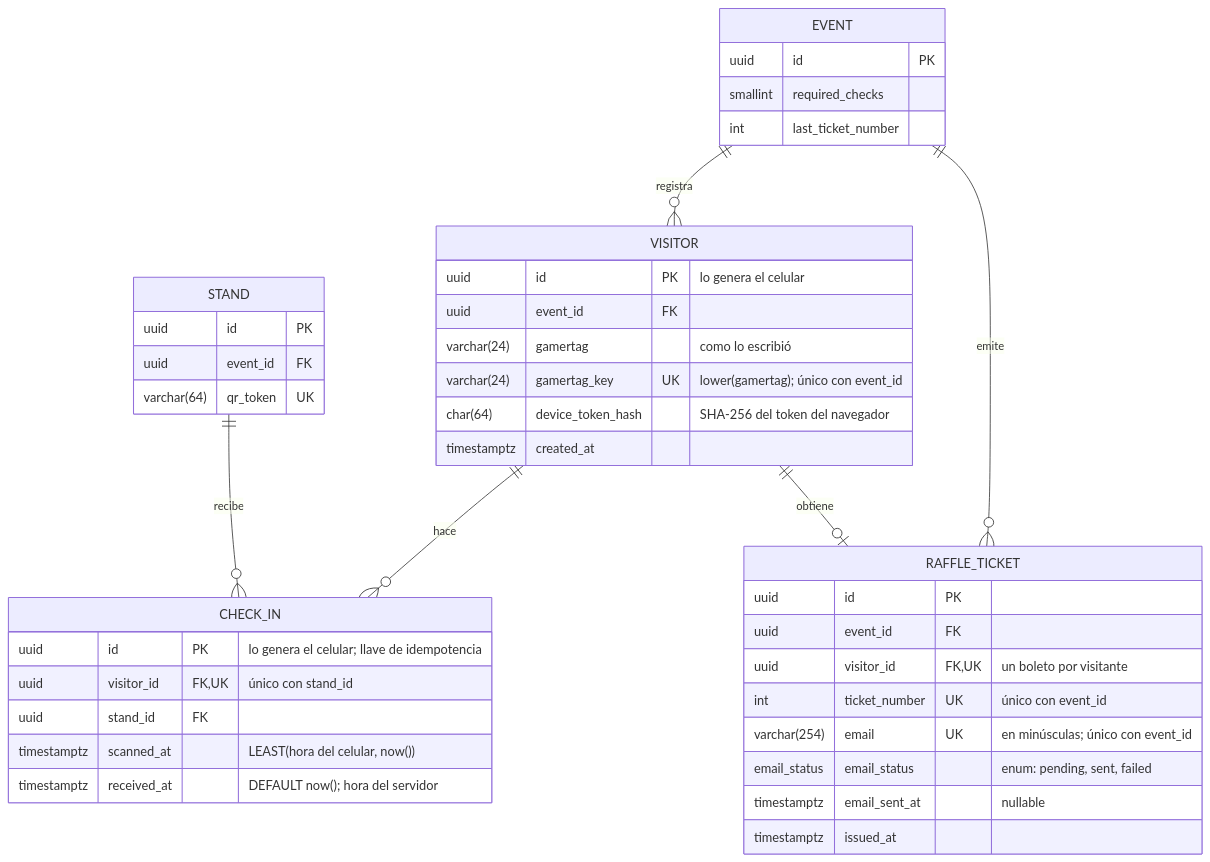
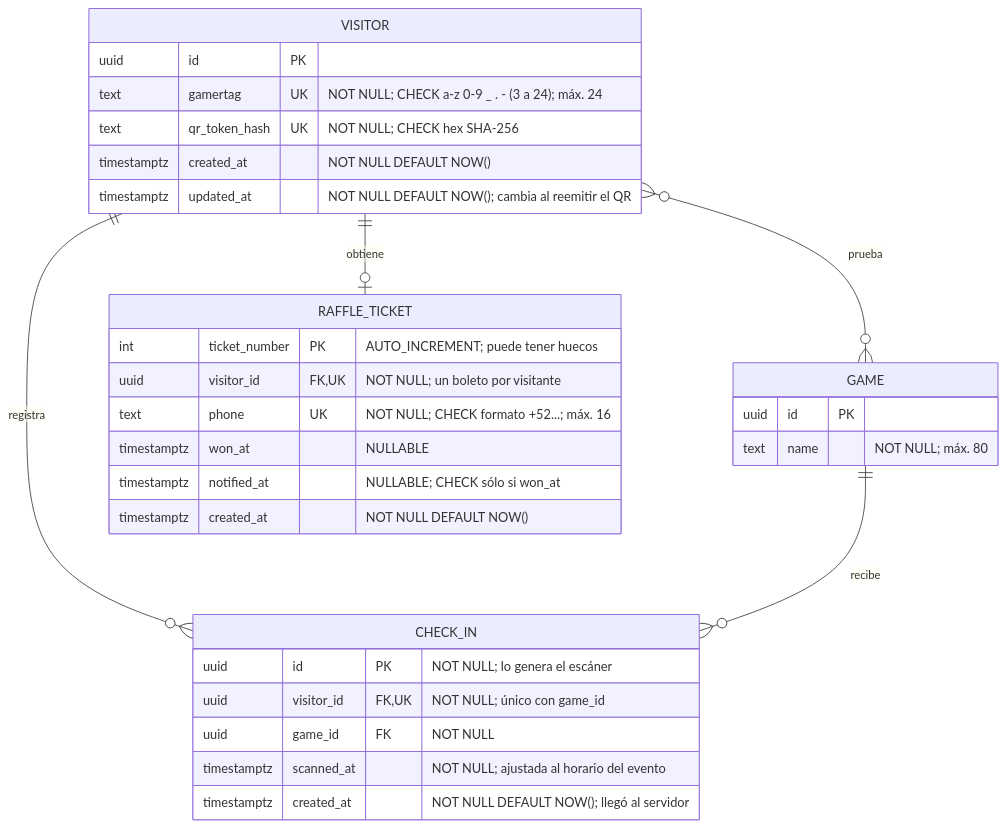
The third of 3 diagrams in docs/data-model.md (ikabeee/ut-e3), drawn with Mermaid before and after one commit. The commit also changed other lines of this file and 37 other files, not shown here.

````diff
--- a/docs/data-model.md
+++ b/docs/data-model.md
@@ -181,44 +213,34 @@
 ```mermaid
 erDiagram
+    VISITOR }o--o{ GAME : "prueba"
+    VISITOR ||--o{ CHECK_IN : "registra"
+    GAME ||--o{ CHECK_IN : "recibe"
+    VISITOR ||--o| RAFFLE_TICKET : "obtiene"
+
     VISITOR {
-        uuid id PK "lo genera el celular"
-        uuid event_id FK
-        varchar(24) gamertag "como lo escribió"
-        varchar(24) gamertag_key UK "lower(gamertag); único con event_id"
-        char(64) device_token_hash "SHA-256 del token del navegador"
-        timestamptz created_at
+        uuid id PK
+        text gamertag UK "NOT NULL; CHECK a-z 0-9 _ . - (3 a 24); máx. 24"
+        text qr_token_hash UK "NOT NULL; CHECK hex SHA-256"
+        timestamptz created_at "NOT NULL DEFAULT NOW()"
+        timestamptz updated_at "NOT NULL DEFAULT NOW(); cambia al reemitir el QR"
     }
     CHECK_IN {
-        uuid id PK "lo genera el celular; llave de idempotencia"
-        uuid visitor_id FK, UK "único con stand_id"
-        uuid stand_id FK
-        timestamptz scanned_at "LEAST(hora del celular, now())"
-        timestamptz received_at "DEFAULT now(); hora del servidor"
+        uuid id PK "NOT NULL; lo genera el escáner"
+        uuid visitor_id FK, UK "NOT NULL; único con game_id"
+        uuid game_id FK "NOT NULL"
+        timestamptz scanned_at "NOT NULL; ajustada al horario del evento"
+        timestamptz created_at "NOT NULL DEFAULT NOW(); llegó al servidor"
     }
     RAFFLE_TICKET {
+        int ticket_number PK "AUTO_INCREMENT; puede tener huecos"
+        uuid visitor_id FK, UK "NOT NULL; un boleto por visitante"
+        text phone UK "NOT NULL; CHECK formato +52...; máx. 16"
+        timestamptz won_at "NULLABLE"
+        timestamptz notified_at "NULLABLE; CHECK sólo si won_at"
+        timestamptz created_at "NOT NULL DEFAULT NOW()"
+    }
+    GAME {
         uuid id PK
-        uuid event_id FK
-        uuid visitor_id FK, UK "un boleto por visitante"
-        int ticket_number UK "único con event_id"
-        varchar(254) email UK "en minúsculas; único con event_id"
-        email_status email_status "enum: pending, sent, failed"
-        timestamptz email_sent_at "nullable"
-        timestamptz issued_at
+        text name "NOT NULL; máx. 80"
     }
-    STAND {
-        uuid id PK
-        uuid event_id FK
-        varchar(64) qr_token UK
-    }
-    EVENT {
-        uuid id PK
-        smallint required_checks
-        int last_ticket_number
-    }
-
-    EVENT ||--o{ VISITOR : "registra"
-    EVENT ||--o{ RAFFLE_TICKET : "emite"
-    VISITOR ||--o{ CHECK_IN : "hace"
-    STAND ||--o{ CHECK_IN : "recibe"
-    VISITOR ||--o| RAFFLE_TICKET : "obtiene"
 ```
````
